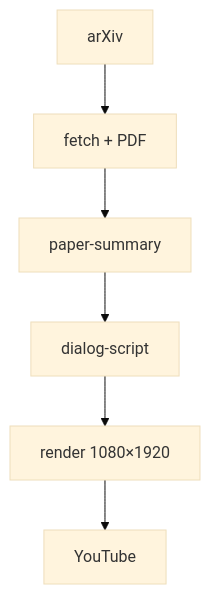
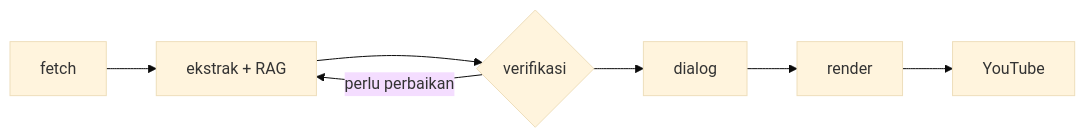
One commit to VitoSolin/paper2vid-hackathon changed the diagram in README.md. Above: the diagram before and after it, drawn with Mermaid (base theme). The commit also changed other lines of this file and 27 other files, not shown here.

````diff
--- a/README.md
+++ b/README.md
@@ -7,8 +48,9 @@
 ```mermaid
-flowchart TB
-  A[arXiv] --> B[fetch + PDF]
-  B --> C[paper-summary]
-  C --> D[dialog-script]
-  D --> E[render 1080×1920]
-  E --> F[YouTube]
+flowchart LR
+  F[fetch] --> E[ekstrak + RAG]
+  E --> V{verifikasi}
+  V -->|perlu perbaikan| E
+  V --> W[dialog]
+  W --> R[render]
+  R --> Y[YouTube]
 ```
````
